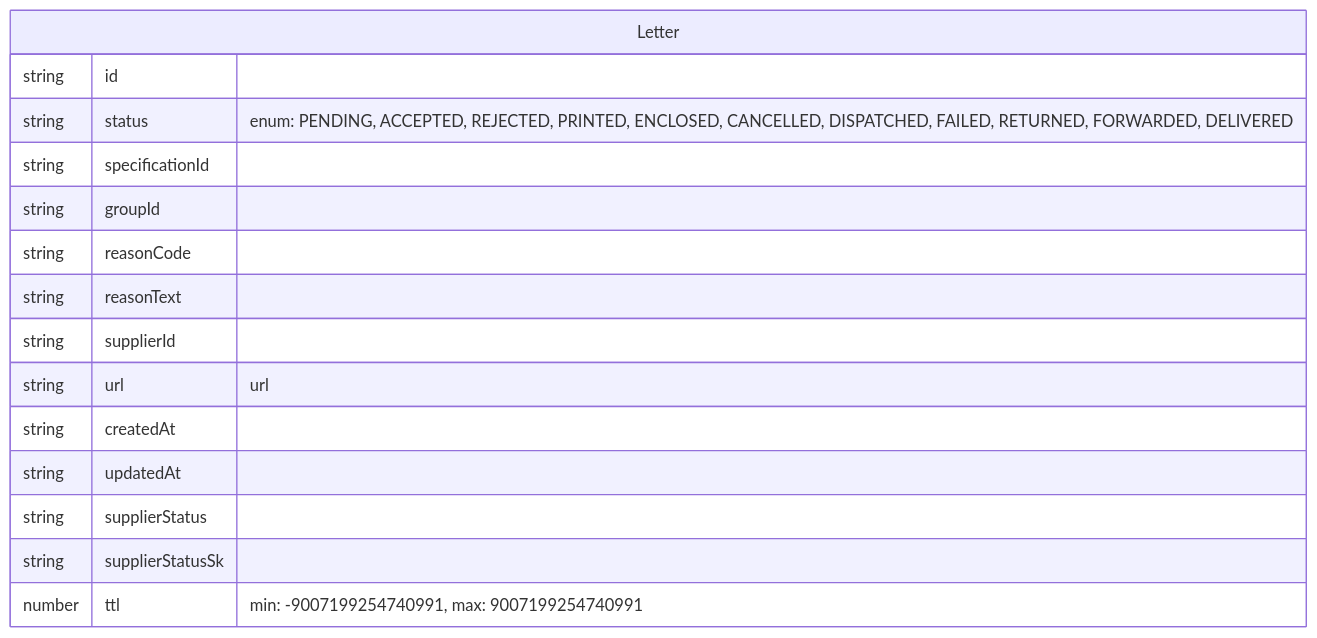
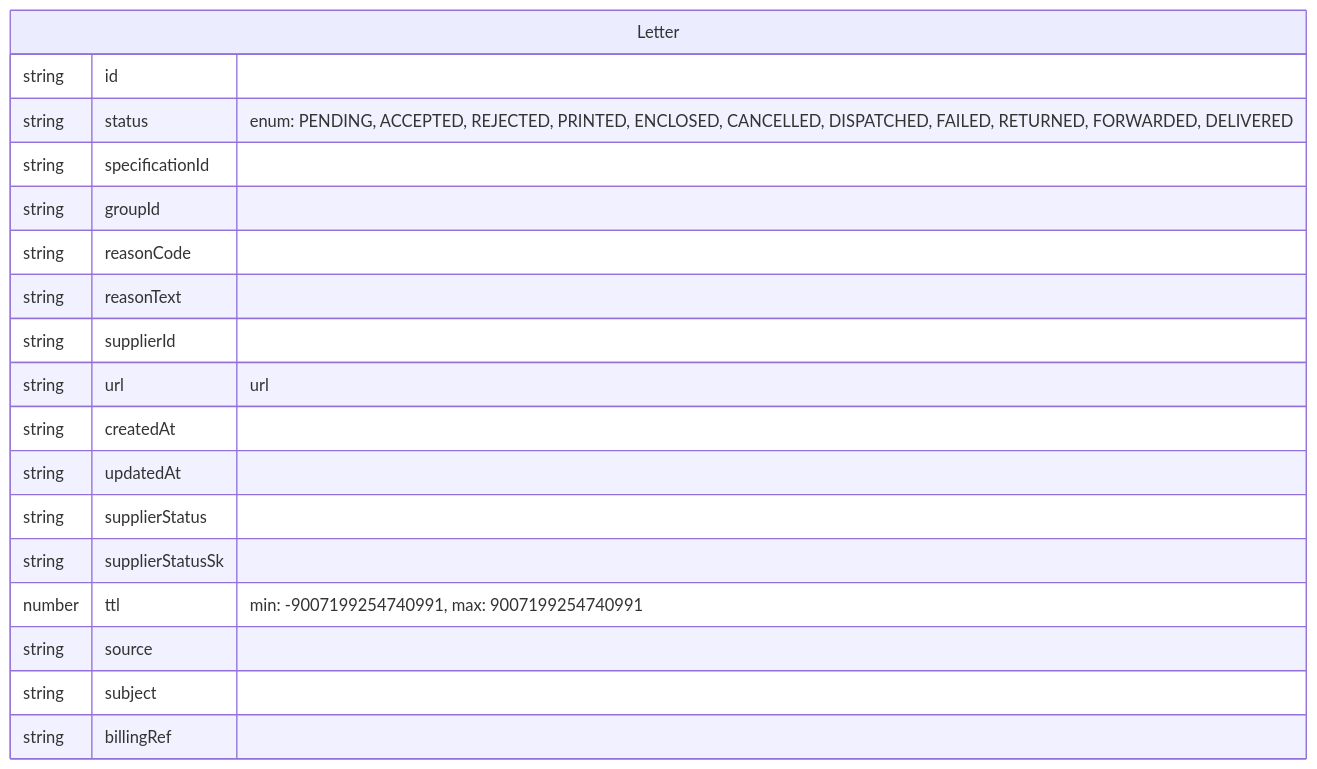
One commit to NHSDigital/nhs-notify-supplier-api changed the first of 3 diagrams in internal/datastore/src/types.md. Above: the diagram before and after it, drawn with Mermaid. The commit also changed 51 other files, not shown here.

````diff
--- a/internal/datastore/src/types.md
+++ b/internal/datastore/src/types.md
@@ -9,18 +9,21 @@
 ```mermaid
 erDiagram
     Letter {
         string id
         string status "enum: PENDING, ACCEPTED, REJECTED, PRINTED, ENCLOSED, CANCELLED, DISPATCHED, FAILED, RETURNED, FORWARDED, DELIVERED"
         string specificationId
         string groupId
         string reasonCode
         string reasonText
         string supplierId
         string url "url"
         string createdAt
         string updatedAt
         string supplierStatus
         string supplierStatusSk
         number ttl "min: -9007199254740991, max: 9007199254740991"
+        string source
+        string subject
+        string billingRef
     }
 ```
````
